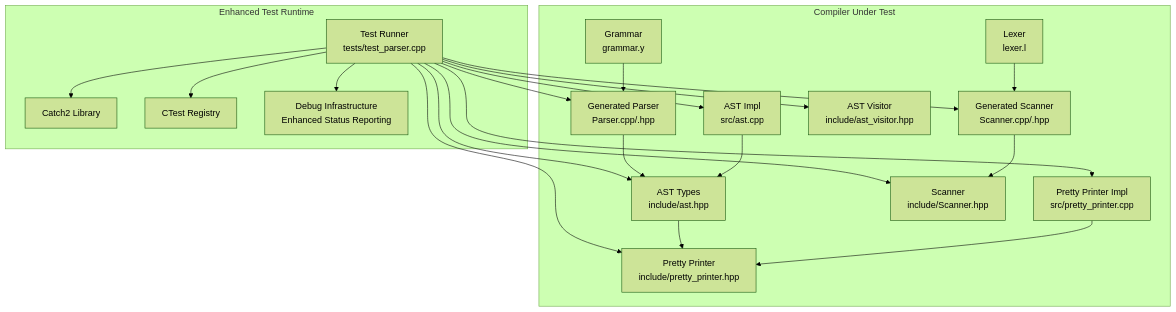
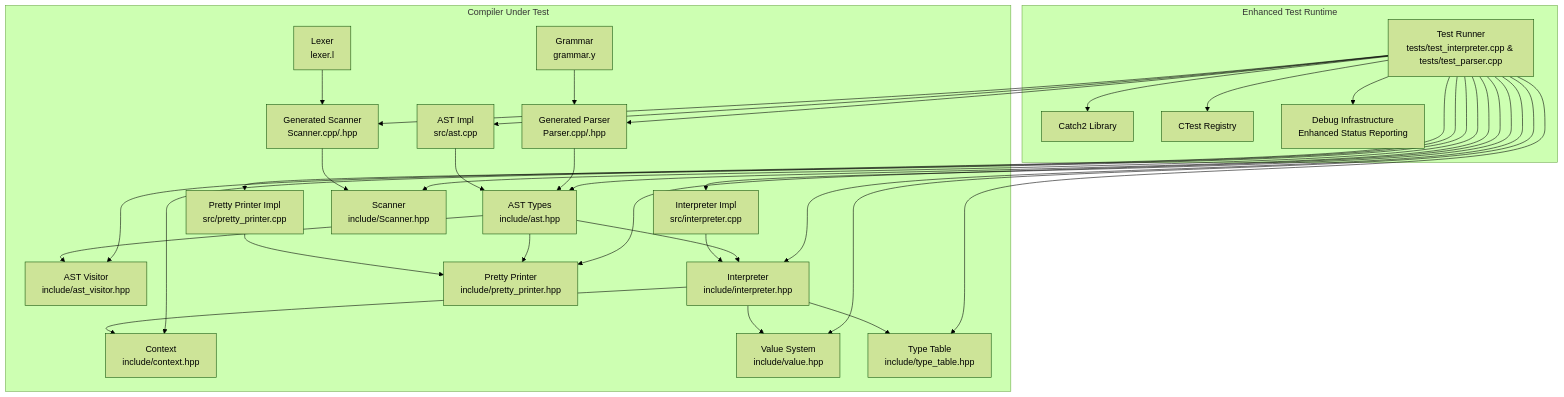
Before and after one commit to littlebirds/modern_bision: the second of 5 diagrams in .qoder/repowiki/en/content/Testing Framework.md, drawn with Mermaid (forest theme). The commit also changed other lines of this file and 5 other files, not shown here.

````diff
--- a/.qoder/repowiki/en/content/Testing Framework.md
+++ b/.qoder/repowiki/en/content/Testing Framework.md
@@ -141,39 +176,55 @@
 ```mermaid
 graph TB
 subgraph "Enhanced Test Runtime"
-TR["Test Runner<br/>tests/test_parser.cpp"]
+TR["Test Runner<br/>tests/test_interpreter.cpp & tests/test_parser.cpp"]
 C2["Catch2 Library"]
 CTest["CTest Registry"]
 Debug["Debug Infrastructure<br/>Enhanced Status Reporting"]
 end
 subgraph "Compiler Under Test"
 G["Grammar<br/>grammar.y"]
 L["Lexer<br/>lexer.l"]
 PGen["Generated Parser<br/>Parser.cpp/.hpp"]
 SGen["Generated Scanner<br/>Scanner.cpp/.hpp"]
 AST["AST Types<br/>include/ast.hpp"]
 AV["AST Visitor<br/>include/ast_visitor.hpp"]
+INT["Interpreter<br/>include/interpreter.hpp"]
+CTX["Context<br/>include/context.hpp"]
+VAL["Value System<br/>include/value.hpp"]
+TT["Type Table<br/>include/type_table.hpp"]
 PP["Pretty Printer<br/>include/pretty_printer.hpp"]
 ASTImpl["AST Impl<br/>src/ast.cpp"]
+INTImpl["Interpreter Impl<br/>src/interpreter.cpp"]
 PPImpl["Pretty Printer Impl<br/>src/pretty_printer.cpp"]
 SC["Scanner<br/>include/Scanner.hpp"]
 end
 TR --> C2
 TR --> CTest
 TR --> Debug
 TR --> SC
 TR --> PGen
 TR --> SGen
 TR --> AST
 TR --> AV
+TR --> INT
+TR --> CTX
+TR --> VAL
+TR --> TT
 TR --> PP
 TR --> ASTImpl
+TR --> INTImpl
 TR --> PPImpl
 G --> PGen
 L --> SGen
 PGen --> AST
 SGen --> SC
+AST --> AV
+AST --> INT
+INT --> CTX
+INT --> VAL
+INT --> TT
 AST --> PP
 ASTImpl --> AST
+INTImpl --> INT
 PPImpl --> PP
 ```
````
